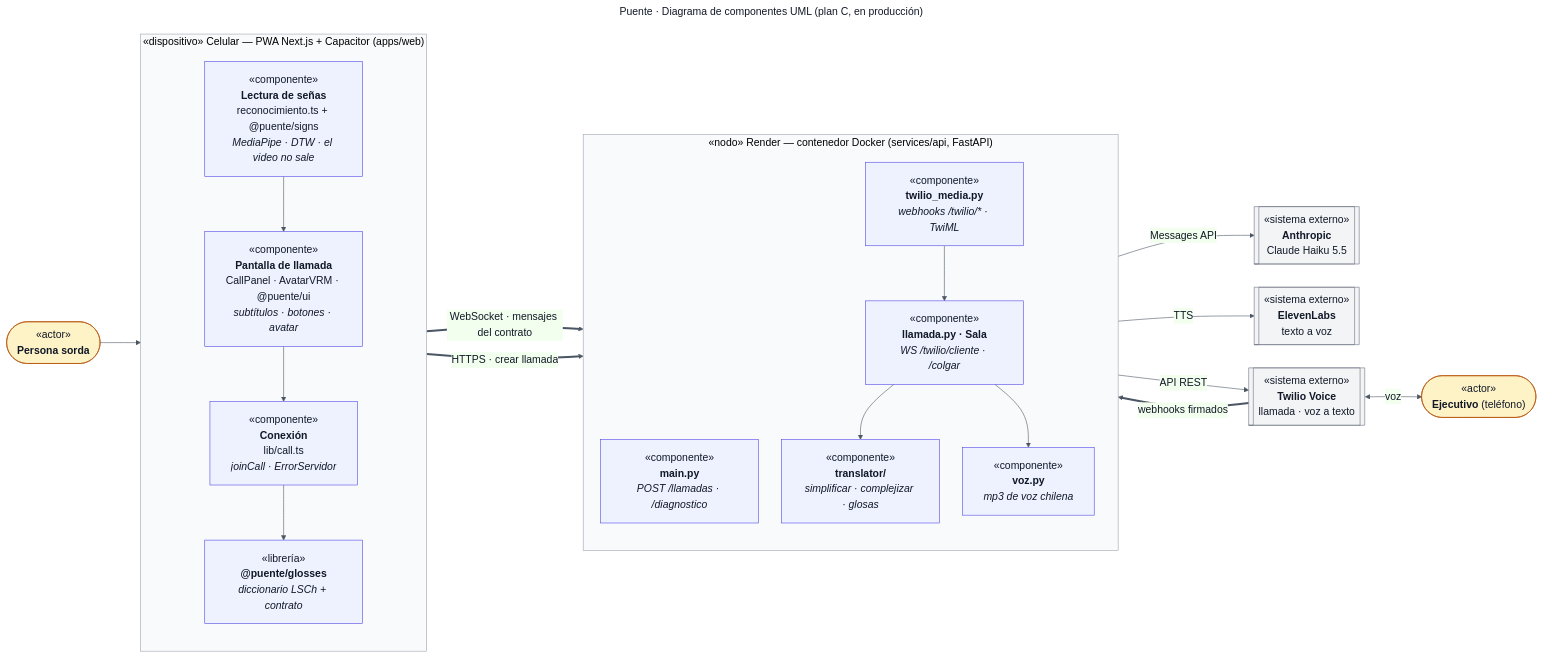
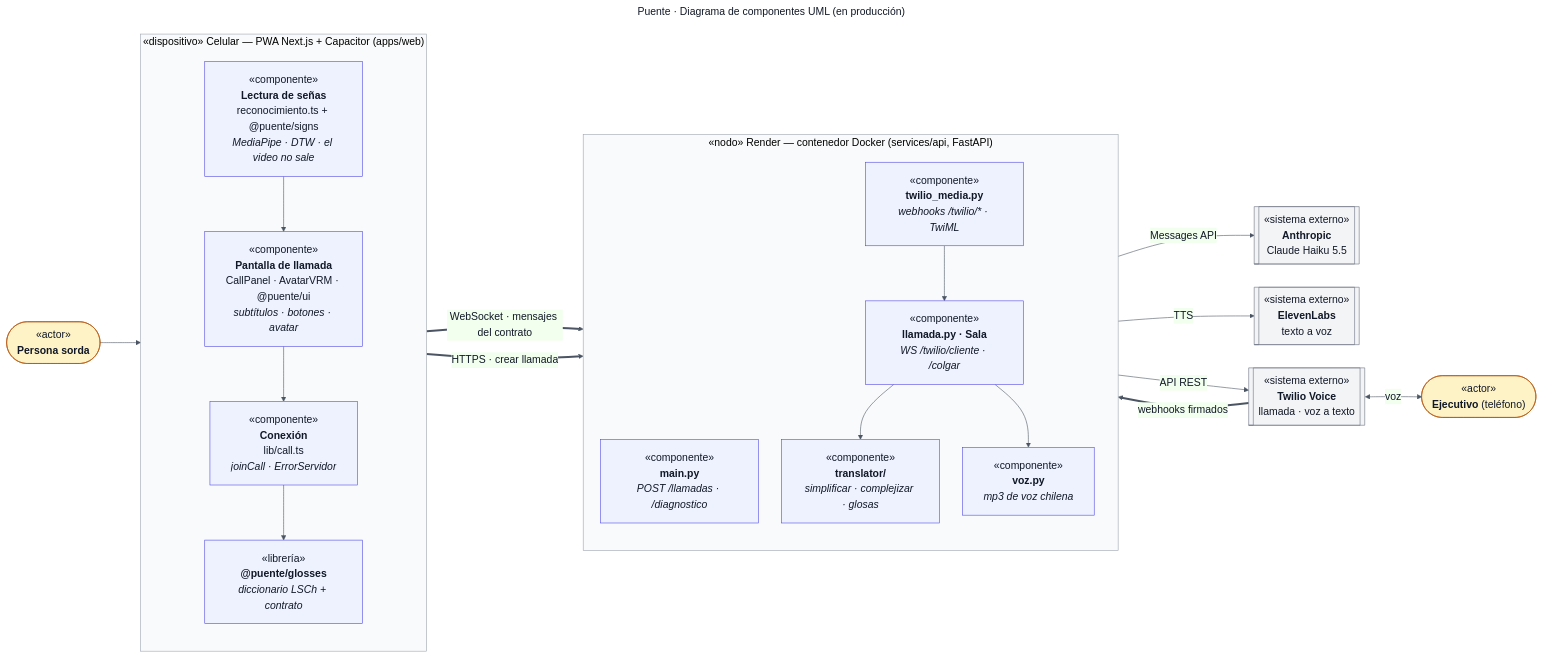
One commit to platanus-hack/platanus-hack-26-cl-team-12 changed the diagram in docs/diagramas/uml/15-componentes-plan-c.mmd. Above: the diagram before and after it, drawn with Mermaid. The commit also changed 6 other files, not shown here.

Commit message:
docs(diagramas): quitar "(plan C)" de los títulos

```diff
--- a/docs/diagramas/uml/15-componentes-plan-c.mmd
+++ b/docs/diagramas/uml/15-componentes-plan-c.mmd
@@ -1,66 +1,66 @@
 ---
-title: "Puente · Diagrama de componentes UML (plan C, en producción)"
+title: "Puente · Diagrama de componentes UML (en producción)"
 config:
   theme: base
   themeVariables:
     fontSize: 18px
     fontFamily: "Inter, Helvetica, Arial, sans-serif"
     primaryColor: "#eef2ff"
     primaryBorderColor: "#4f46e5"
     primaryTextColor: "#111827"
     lineColor: "#4b5563"
     clusterBkg: "#f9fafb"
     clusterBorder: "#9ca3af"
   flowchart:
     nodeSpacing: 40
     rankSpacing: 70
     padding: 18
 ---
 flowchart LR
     actorS(["«actor»<br/><b>Persona sorda</b>"])
 
     subgraph CEL["«dispositivo» Celular — PWA Next.js + Capacitor (apps/web)"]
         direction TB
         Reco["«componente»<br/><b>Lectura de señas</b><br/>reconocimiento.ts + @puente/signs<br/><i>MediaPipe · DTW · el video no sale</i>"]
         CallPanel["«componente»<br/><b>Pantalla de llamada</b><br/>CallPanel · AvatarVRM · @puente/ui<br/><i>subtítulos · botones · avatar</i>"]
         CallTs["«componente»<br/><b>Conexión</b><br/>lib/call.ts<br/><i>joinCall · ErrorServidor</i>"]
         Glosses["«librería»<br/><b>@puente/glosses</b><br/><i>diccionario LSCh + contrato</i>"]
     end
 
     subgraph RENDER["«nodo» Render — contenedor Docker (services/api, FastAPI)"]
         direction TB
         Main["«componente»<br/><b>main.py</b><br/><i>POST /llamadas · /diagnostico</i>"]
         Sala["«componente»<br/><b>llamada.py · Sala</b><br/><i>WS /twilio/cliente · /colgar</i>"]
         Media["«componente»<br/><b>twilio_media.py</b><br/><i>webhooks /twilio/* · TwiML</i>"]
         Trad["«componente»<br/><b>translator/</b><br/><i>simplificar · complejizar · glosas</i>"]
         Voz["«componente»<br/><b>voz.py</b><br/><i>mp3 de voz chilena</i>"]
     end
 
 
     Claude[["«sistema externo»<br/><b>Anthropic</b><br/>Claude Haiku 5.5"]]
     Eleven[["«sistema externo»<br/><b>ElevenLabs</b><br/>texto a voz"]]
     Twilio[["«sistema externo»<br/><b>Twilio Voice</b><br/>llamada · voz a texto"]]
     actorE(["«actor»<br/><b>Ejecutivo</b> (teléfono)"])
 
     actorS --> CallPanel
     Reco --> CallPanel
     CallPanel --> CallTs
     CallTs --> Glosses
 
     CallTs == "WebSocket · mensajes del contrato" ==> Sala
     CallTs == "HTTPS · crear llamada" ==> Main
 
     Media --> Sala
     Sala --> Trad
     Sala --> Voz
 
     Trad -- "Messages API" --> Claude
     Voz -- "TTS" --> Eleven
     Main -- "API REST" --> Twilio
     Twilio == "webhooks firmados" ==> Media
     Twilio <-- "voz" --> actorE
 
     classDef ext fill:#f3f4f6,stroke:#6b7280,color:#111827
     classDef actor fill:#fef3c7,stroke:#b45309,color:#111827
     class Claude,Eleven,Twilio ext
     class actorS,actorE actor
```
